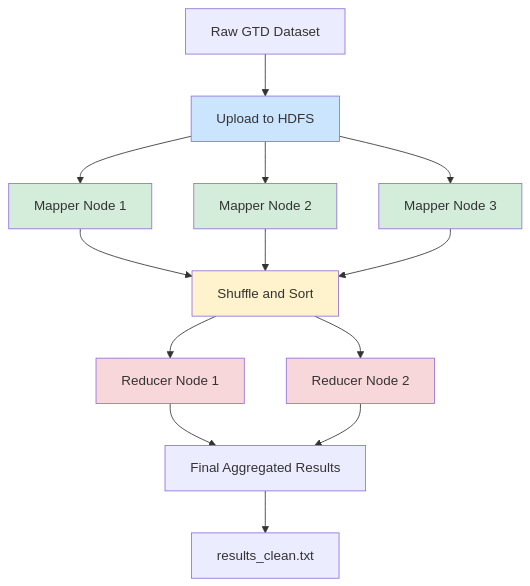
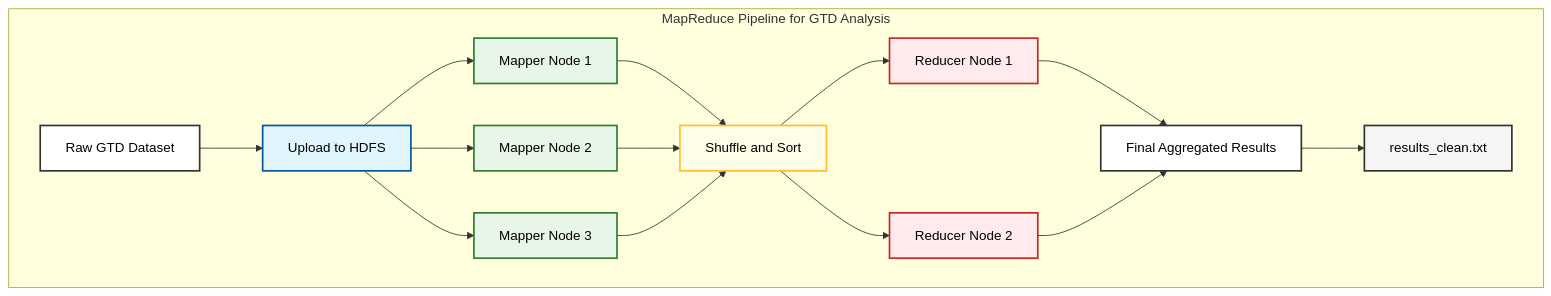
Before and after one commit to KumeshaRashmi/terrorism-hadoop-mapreduce-analysis: the diagram in README.md, drawn with Mermaid.

Commit message:
Refine flowchart styles in README.md
Updated style definitions for the flowchart in the README.

````diff
--- a/README.md
+++ b/README.md
@@ -82,28 +82,34 @@
 ```mermaid
 flowchart TD
+    subgraph Execution_Flow [MapReduce Pipeline for GTD Analysis]
     A[Raw GTD Dataset] --> B[Upload to HDFS]
 
     B --> C1[Mapper Node 1]
     B --> C2[Mapper Node 2]
     B --> C3[Mapper Node 3]
 
     C1 --> D[Shuffle and Sort]
     C2 --> D
     C3 --> D
 
     D --> E1[Reducer Node 1]
     D --> E2[Reducer Node 2]
 
     E1 --> F[Final Aggregated Results]
     E2 --> F
 
     F --> G[results_clean.txt]
+    end
 
-    style B fill:#cce5ff
-    style C1 fill:#d4edda
-    style C2 fill:#d4edda
-    style C3 fill:#d4edda
-    style D fill:#fff3cd
-    style E1 fill:#f8d7da
-    style E2 fill:#f8d7da
+    %% Style definitions for White Background and Black Text
+    style A fill:#ffffff,stroke:#333,stroke-width:2px,color:#000
+    style B fill:#e1f5fe,stroke:#01579b,stroke-width:2px,color:#000
+    style C1 fill:#e8f5e9,stroke:#2e7d32,stroke-width:2px,color:#000
+    style C2 fill:#e8f5e9,stroke:#2e7d32,stroke-width:2px,color:#000
+    style C3 fill:#e8f5e9,stroke:#2e7d32,stroke-width:2px,color:#000
+    style D fill:#fffde7,stroke:#fbc02d,stroke-width:2px,color:#000
+    style E1 fill:#ffebee,stroke:#c62828,stroke-width:2px,color:#000
+    style E2 fill:#ffebee,stroke:#c62828,stroke-width:2px,color:#000
+    style F fill:#ffffff,stroke:#333,stroke-width:2px,color:#000
+    style G fill:#f5f5f5,stroke:#333,stroke-width:2px,color:#000
 ```
````
